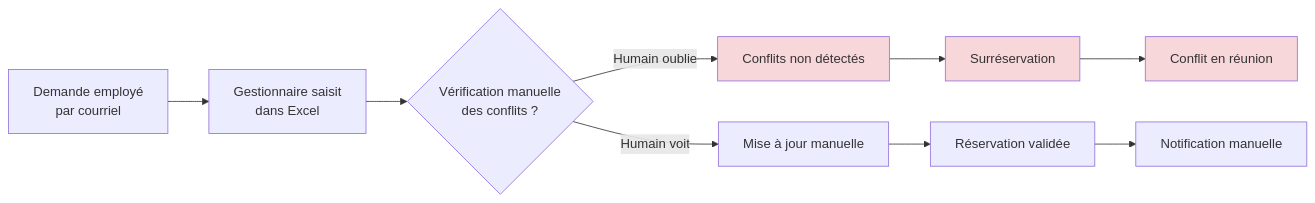
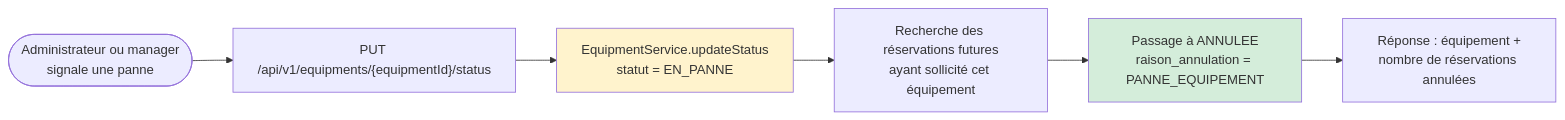
One commit to UBONGO2000/roomops changed the second of 2 diagrams in docs/02-bpmn-apres.md. Above: the diagram before and after it, drawn with Mermaid. The commit also changed other lines of this file, not shown here.

First line of the commit message:
Enhance documentation with process flowcharts

````diff
--- a/docs/02-bpmn-apres.md
+++ b/docs/02-bpmn-apres.md
@@ -2,17 +41,11 @@
 ```mermaid
+flowchart LR
+    A(["Administrateur ou manager<br/>signale une panne"]) --> B["PUT /api/v1/equipments/{equipmentId}/status"]
+    B --> C["EquipmentService.updateStatus<br/>statut = EN_PANNE"]
+    C --> D["Recherche des réservations futures<br/>ayant sollicité cet équipement"]
+    D --> E["Passage à ANNULEE<br/>raison_annulation = PANNE_EQUIPEMENT"]
+    E --> F["Réponse : équipement +<br/>nombre de réservations annulées"]
 
-flowchart LR
-    A["Demande employé<br>par courriel"] --> B["Gestionnaire saisit<br>dans Excel"]
-    B --> C{"Vérification manuelle<br>des conflits ?"}
-    C -- Humain oublie --> D["Conflits non détectés"]
-    C -- Humain voit --> E["Mise à jour manuelle"]
-    D --> F["Surréservation"]
-    E --> G["Réservation validée"]
-    F --> H["Conflit en réunion"]
-    G --> I["Notification manuelle"]
-
-    style D fill:#f8d7da
-    style F fill:#f8d7da
-    style H fill:#f8d7da
-
+    style C fill:#fff3cd
+    style E fill:#d4edda
 ```
````
